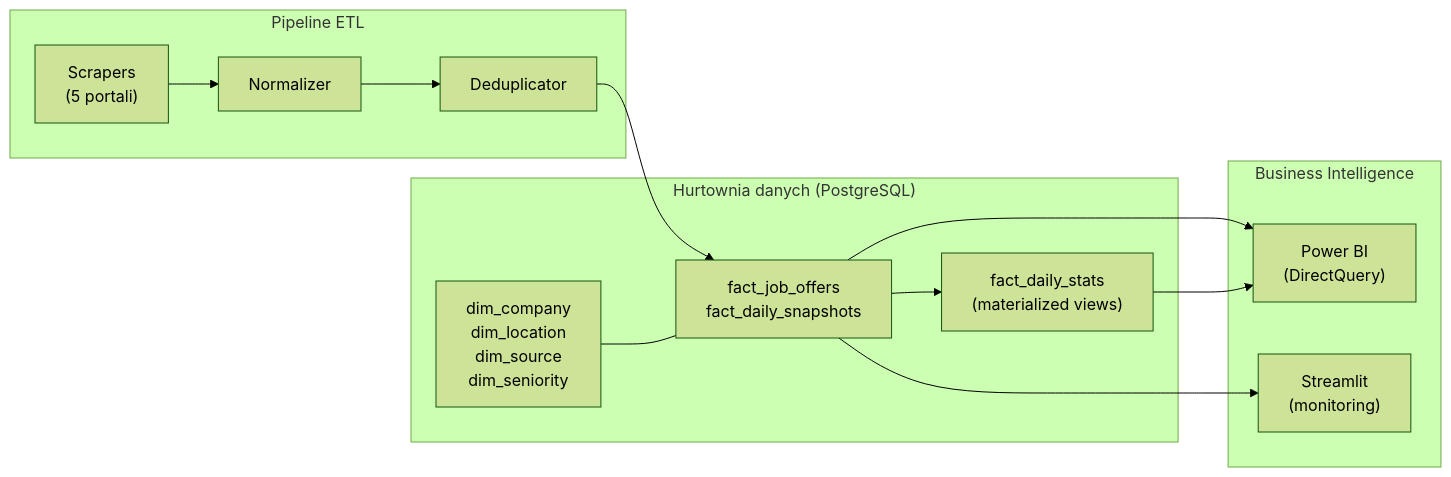
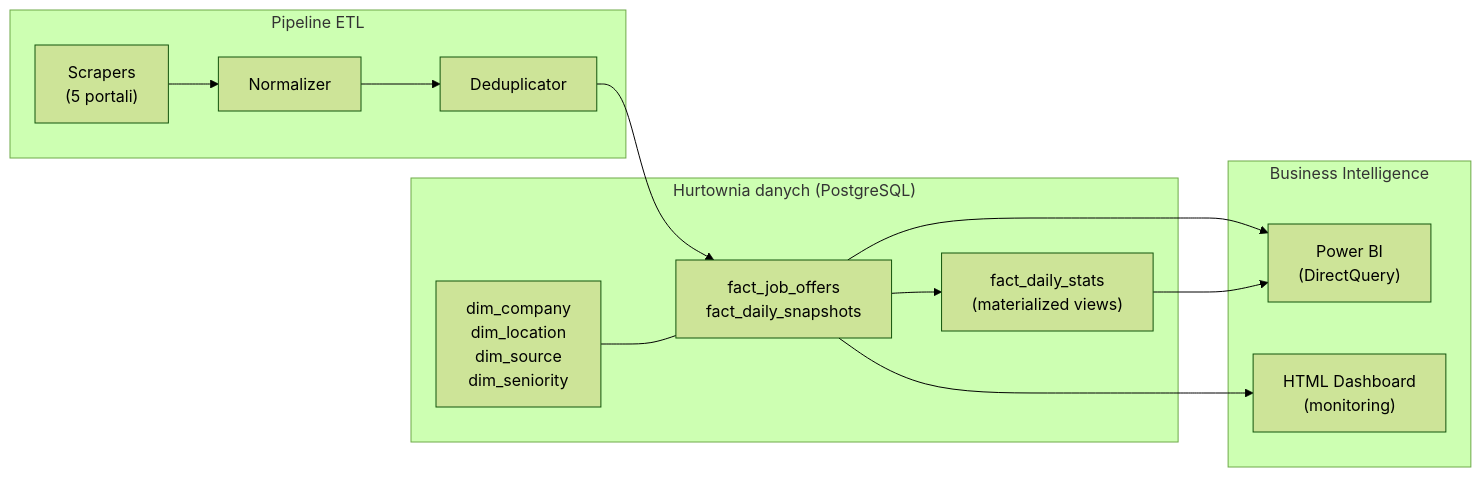
Before and after one commit to mkonefal2/jobDB: the second of 3 diagrams in docs/PROJECT_DESIGN.md, drawn with Mermaid (forest theme). The commit also changed other lines of this file and 14 other files, not shown here.

First line of the commit message:
refactor: remove Streamlit dashboard, add GitBook docs structure

````diff
--- a/docs/PROJECT_DESIGN.md
+++ b/docs/PROJECT_DESIGN.md
@@ -307,26 +303,26 @@
 ```mermaid
 flowchart LR
     subgraph ETL ["Pipeline ETL"]
         SCRAP["Scrapers<br/>(5 portali)"]
         NORM["Normalizer"]
         DEDUP["Deduplicator"]
     end
 
     subgraph DWH ["Hurtownia danych (PostgreSQL)"]
         FACT["fact_job_offers<br/>fact_daily_snapshots"]
         DIM["dim_company<br/>dim_location<br/>dim_source<br/>dim_seniority"]
         AGG["fact_daily_stats<br/>(materialized views)"]
     end
 
     subgraph BI ["Business Intelligence"]
         PBI["Power BI<br/>(DirectQuery)"]
-        DASH["Streamlit<br/>(monitoring)"]
+        DASH["HTML Dashboard<br/>(monitoring)"]
     end
 
     SCRAP --> NORM --> DEDUP --> FACT
     DIM --- FACT
     FACT --> AGG
     FACT --> PBI
     AGG --> PBI
     FACT --> DASH
 ```
````
